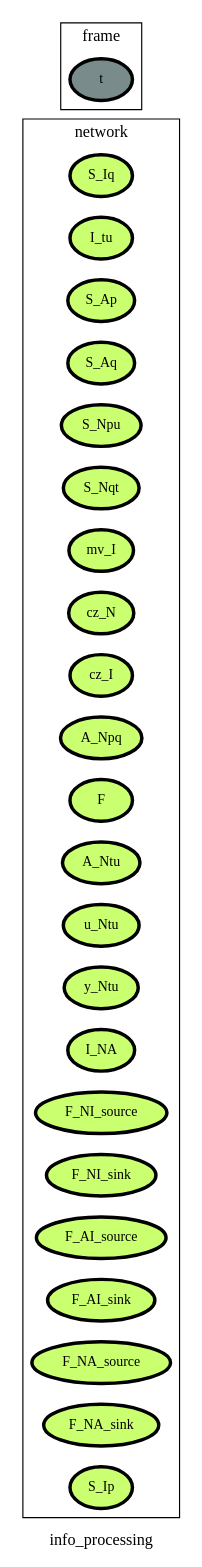
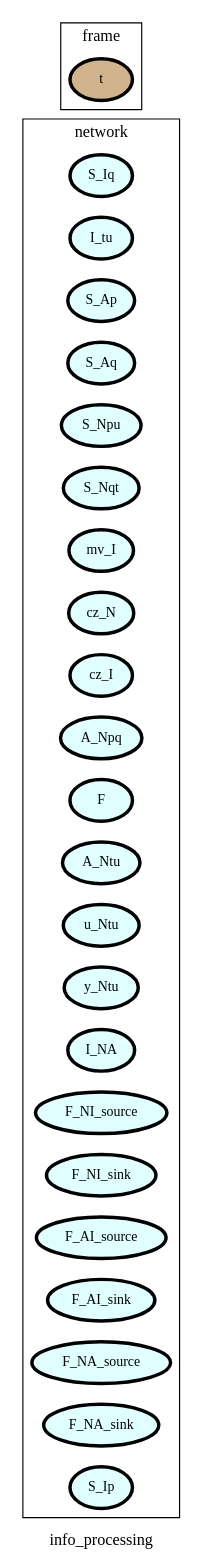
Before and after one commit to heinz-preisig/processes_starter: the diagram in ontology_graphs/graph__info_processing.dot, drawn with Graphviz. The commit also changed 28 other files, not shown here.

```diff
--- a/ontology_graphs/graph__info_processing.dot
+++ b/ontology_graphs/graph__info_processing.dot
@@ -1,47 +1,47 @@
 digraph info_processing {
 label=info_processing;
 rankdir=LR;
 subgraph cluster_info_processing___network {
 label=network;
 rankdir=LR;
-V_10 [fillcolor=darkolivegreen1, fontsize=12, label=S_Iq, penwidth=3, style=filled];
-V_11 [fillcolor=darkolivegreen1, fontsize=12, label=I_tu, penwidth=3, style=filled];
-V_12 [fillcolor=darkolivegreen1, fontsize=12, label=S_Ap, penwidth=3, style=filled];
-V_13 [fillcolor=darkolivegreen1, fontsize=12, label=S_Aq, penwidth=3, style=filled];
-V_14 [fillcolor=darkolivegreen1, fontsize=12, label=S_Npu, penwidth=3, style=filled];
-V_15 [fillcolor=darkolivegreen1, fontsize=12, label=S_Nqt, penwidth=3, style=filled];
-V_16 [fillcolor=darkolivegreen1, fontsize=12, label=mv_I, penwidth=3, style=filled];
-V_17 [fillcolor=darkolivegreen1, fontsize=12, label=cz_N, penwidth=3, style=filled];
-V_18 [fillcolor=darkolivegreen1, fontsize=12, label=cz_I, penwidth=3, style=filled];
-V_19 [fillcolor=darkolivegreen1, fontsize=12, label=A_Npq, penwidth=3, style=filled];
-V_2 [fillcolor=darkolivegreen1, fontsize=12, label=F, penwidth=3, style=filled];
-V_20 [fillcolor=darkolivegreen1, fontsize=12, label=A_Ntu, penwidth=3, style=filled];
-V_21 [fillcolor=darkolivegreen1, fontsize=12, label=u_Ntu, penwidth=3, style=filled];
-V_22 [fillcolor=darkolivegreen1, fontsize=12, label=y_Ntu, penwidth=3, style=filled];
-V_27 [fillcolor=darkolivegreen1, fontsize=12, label=I_NA, penwidth=3, style=filled];
-V_3 [fillcolor=darkolivegreen1, fontsize=12, label=F_NI_source, penwidth=3, style=filled];
-V_4 [fillcolor=darkolivegreen1, fontsize=12, label=F_NI_sink, penwidth=3, style=filled];
-V_5 [fillcolor=darkolivegreen1, fontsize=12, label=F_AI_source, penwidth=3, style=filled];
-V_6 [fillcolor=darkolivegreen1, fontsize=12, label=F_AI_sink, penwidth=3, style=filled];
-V_7 [fillcolor=darkolivegreen1, fontsize=12, label=F_NA_source, penwidth=3, style=filled];
-V_8 [fillcolor=darkolivegreen1, fontsize=12, label=F_NA_sink, penwidth=3, style=filled];
-V_9 [fillcolor=darkolivegreen1, fontsize=12, label=S_Ip, penwidth=3, style=filled];
+V_10 [fillcolor=lightcyan, fontsize=12, label=S_Iq, penwidth=3, style=filled];
+V_11 [fillcolor=lightcyan, fontsize=12, label=I_tu, penwidth=3, style=filled];
+V_12 [fillcolor=lightcyan, fontsize=12, label=S_Ap, penwidth=3, style=filled];
+V_13 [fillcolor=lightcyan, fontsize=12, label=S_Aq, penwidth=3, style=filled];
+V_14 [fillcolor=lightcyan, fontsize=12, label=S_Npu, penwidth=3, style=filled];
+V_15 [fillcolor=lightcyan, fontsize=12, label=S_Nqt, penwidth=3, style=filled];
+V_16 [fillcolor=lightcyan, fontsize=12, label=mv_I, penwidth=3, style=filled];
+V_17 [fillcolor=lightcyan, fontsize=12, label=cz_N, penwidth=3, style=filled];
+V_18 [fillcolor=lightcyan, fontsize=12, label=cz_I, penwidth=3, style=filled];
+V_19 [fillcolor=lightcyan, fontsize=12, label=A_Npq, penwidth=3, style=filled];
+V_2 [fillcolor=lightcyan, fontsize=12, label=F, penwidth=3, style=filled];
+V_20 [fillcolor=lightcyan, fontsize=12, label=A_Ntu, penwidth=3, style=filled];
+V_21 [fillcolor=lightcyan, fontsize=12, label=u_Ntu, penwidth=3, style=filled];
+V_22 [fillcolor=lightcyan, fontsize=12, label=y_Ntu, penwidth=3, style=filled];
+V_27 [fillcolor=lightcyan, fontsize=12, label=I_NA, penwidth=3, style=filled];
+V_3 [fillcolor=lightcyan, fontsize=12, label=F_NI_source, penwidth=3, style=filled];
+V_4 [fillcolor=lightcyan, fontsize=12, label=F_NI_sink, penwidth=3, style=filled];
+V_5 [fillcolor=lightcyan, fontsize=12, label=F_AI_source, penwidth=3, style=filled];
+V_6 [fillcolor=lightcyan, fontsize=12, label=F_AI_sink, penwidth=3, style=filled];
+V_7 [fillcolor=lightcyan, fontsize=12, label=F_NA_source, penwidth=3, style=filled];
+V_8 [fillcolor=lightcyan, fontsize=12, label=F_NA_sink, penwidth=3, style=filled];
+V_9 [fillcolor=lightcyan, fontsize=12, label=S_Ip, penwidth=3, style=filled];
 }
 
 subgraph cluster_info_processing___frame {
 label=frame;
 rankdir=LR;
-V_1 [fillcolor=lightcyan4, fontsize=12, label=t, penwidth=3, style=filled];
+V_1 [fillcolor=tan, fontsize=12, label=t, penwidth=3, style=filled];
 }
 
 subgraph cluster_info_processing___state {
 label=state;
 rankdir=LR;
 }
 
 subgraph cluster_info_processing___constant {
 label=constant;
 rankdir=LR;
 }
 
 }
```
